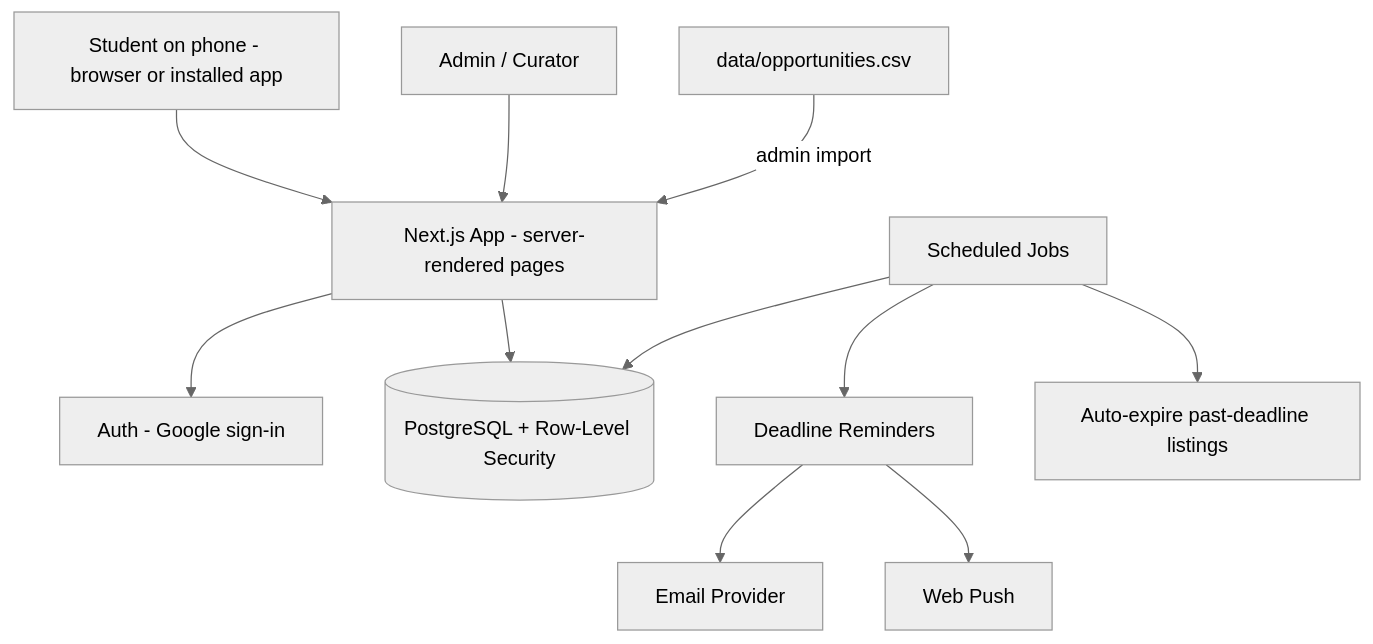
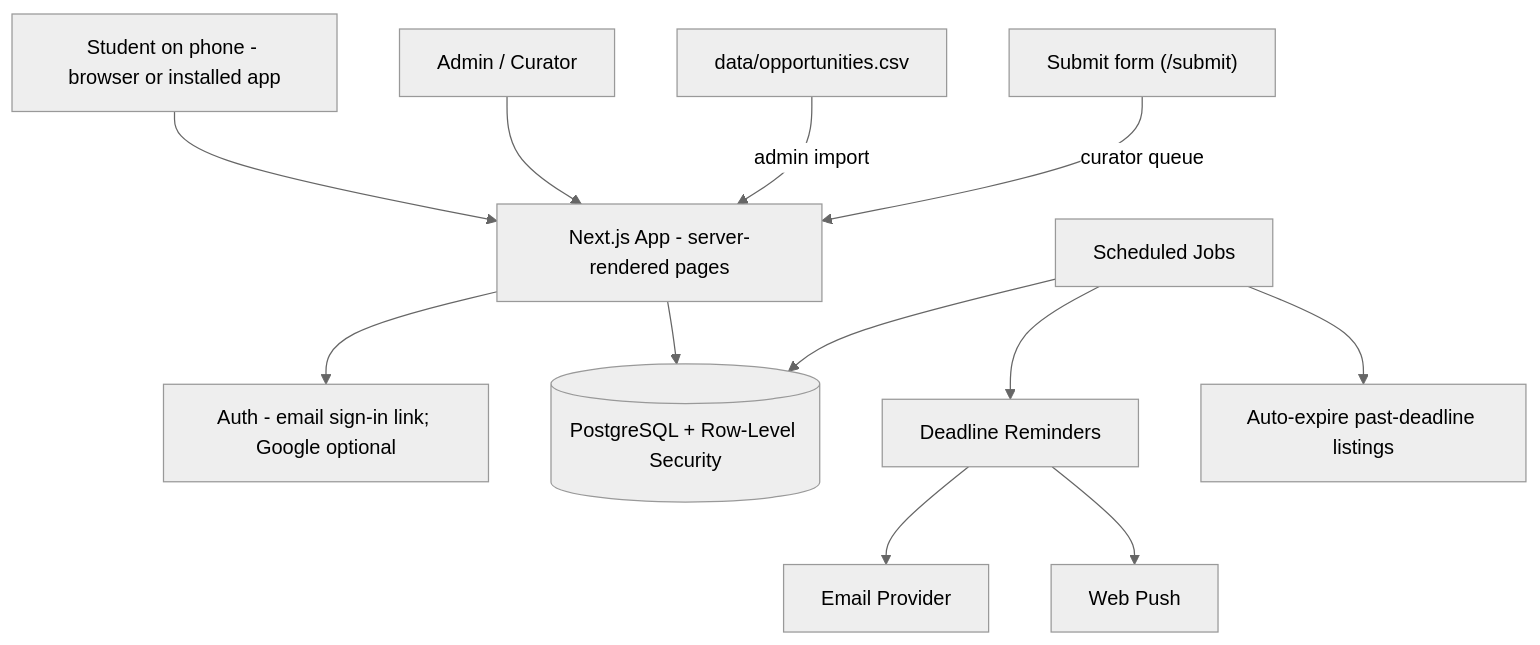
Before and after one commit to Kao-Kao04/Oportune: the diagram in docs/system-design/01-architecture-and-stack.md, drawn with Mermaid (neutral theme). The commit also changed other lines of this file and 80 other files, not shown here.

````diff
--- a/docs/system-design/01-architecture-and-stack.md
+++ b/docs/system-design/01-architecture-and-stack.md
@@ -30,13 +31,14 @@
 ```mermaid
 flowchart TD
     S[Student on phone - browser or installed app] --> WEB[Next.js App - server-rendered pages]
     A[Admin / Curator] --> WEB
-    WEB --> AUTH[Auth - Google sign-in]
+    WEB --> AUTH[Auth - email sign-in link; Google optional]
     WEB --> DB[(PostgreSQL + Row-Level Security)]
     JOBS[Scheduled Jobs] --> DB
     JOBS --> REM[Deadline Reminders]
     JOBS --> EXP[Auto-expire past-deadline listings]
     REM --> EMAIL[Email Provider]
     REM --> PUSH[Web Push]
     CSV[data/opportunities.csv] -->|admin import| WEB
+    SUB["Submit form (/submit)"] -->|curator queue| WEB
 ```
````
